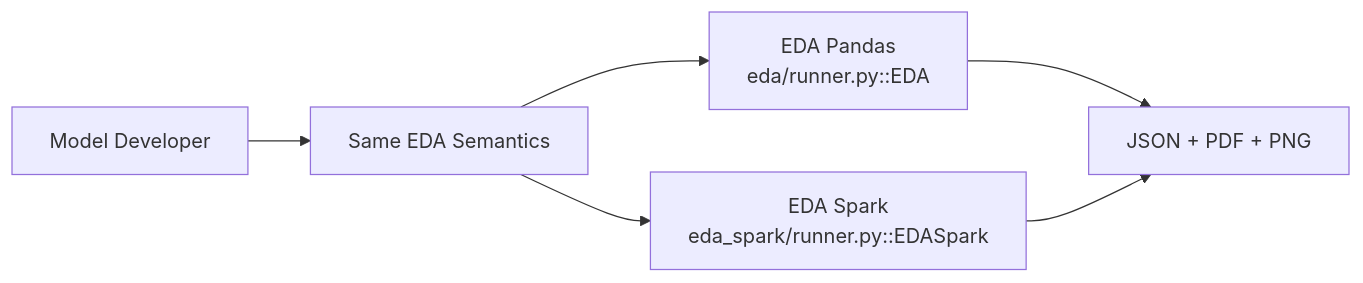
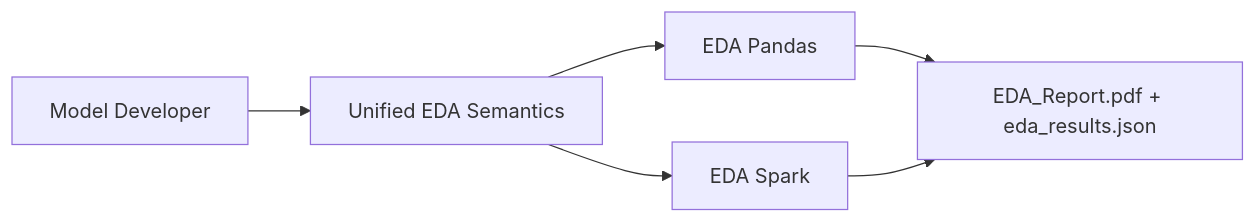
The diagram in notebooklm_sources/00_overview.md (FeliciaLiuLiu/model_agent_ai_agent), drawn with Mermaid before and after one commit. The commit also changed other lines of this file and 30 other files, not shown here.

````diff
--- a/notebooklm_sources/00_overview.md
+++ b/notebooklm_sources/00_overview.md
@@ -19,8 +40,8 @@
 ```mermaid
 flowchart LR
-  U[Model Developer] --> C[Same EDA Semantics]
-  C --> P[EDA Pandas\neda/runner.py::EDA]
-  C --> S[EDA Spark\neda_spark/runner.py::EDASpark]
-  P --> O[JSON + PDF + PNG]
+  U[Model Developer] --> C[Unified EDA Semantics]
+  C --> P[EDA Pandas]
+  C --> S[EDA Spark]
+  P --> O[EDA_Report.pdf + eda_results.json]
   S --> O
 ```
````
